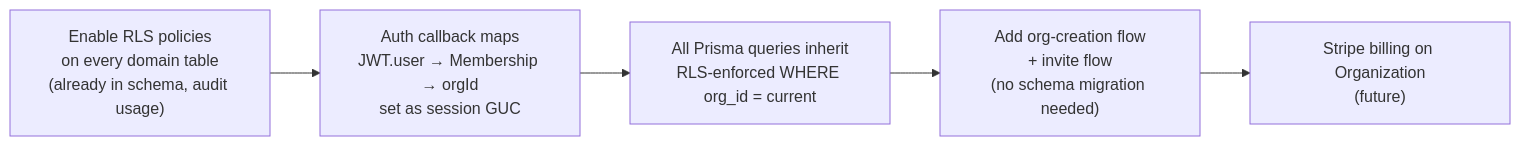
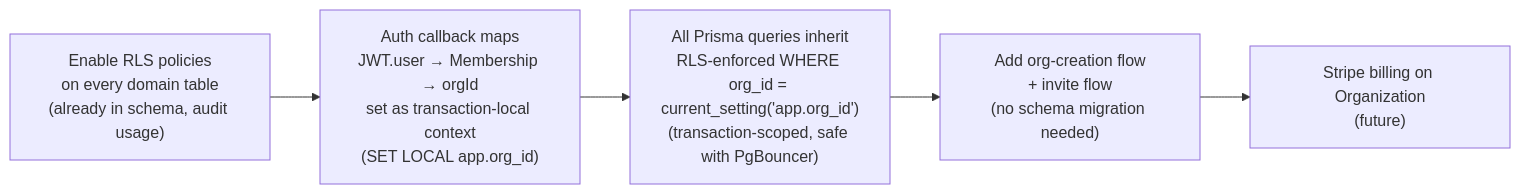
Before and after one commit to RajAbey68/BookLets: the seventh of 7 diagrams in docs/architecture/02-target-state.md, drawn with Mermaid. The commit also changed other lines of this file and 5 other files, not shown here.

````diff
--- a/docs/architecture/02-target-state.md
+++ b/docs/architecture/02-target-state.md
@@ -319,7 +319,7 @@
 ```mermaid
 flowchart LR
-  STEP1["Enable RLS policies<br/>on every domain table<br/>(already in schema, audit usage)"] --> STEP2["Auth callback maps<br/>JWT.user → Membership → orgId<br/>set as session GUC"]
-  STEP2 --> STEP3["All Prisma queries inherit<br/>RLS-enforced WHERE org_id = current"]
+  STEP1["Enable RLS policies<br/>on every domain table<br/>(already in schema, audit usage)"] --> STEP2["Auth callback maps<br/>JWT.user → Membership → orgId<br/>set as transaction-local context<br/>(SET LOCAL app.org_id)"]
+  STEP2 --> STEP3["All Prisma queries inherit<br/>RLS-enforced WHERE org_id = current_setting('app.org_id')<br/>(transaction-scoped, safe with PgBouncer)"]
   STEP3 --> STEP4["Add org-creation flow<br/>+ invite flow<br/>(no schema migration needed)"]
   STEP4 --> STEP5["Stripe billing on Organization<br/>(future)"]
 ```
````
